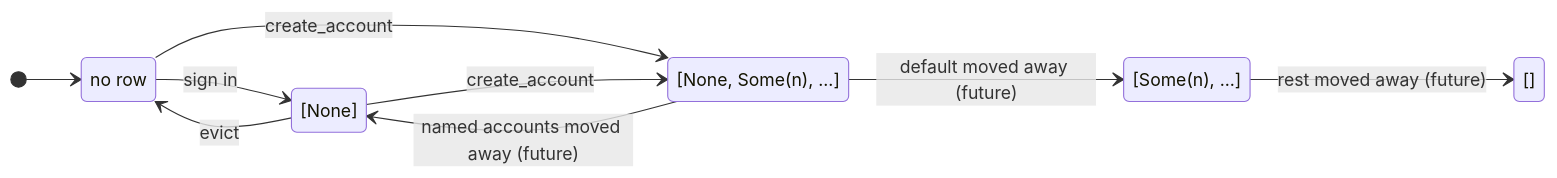
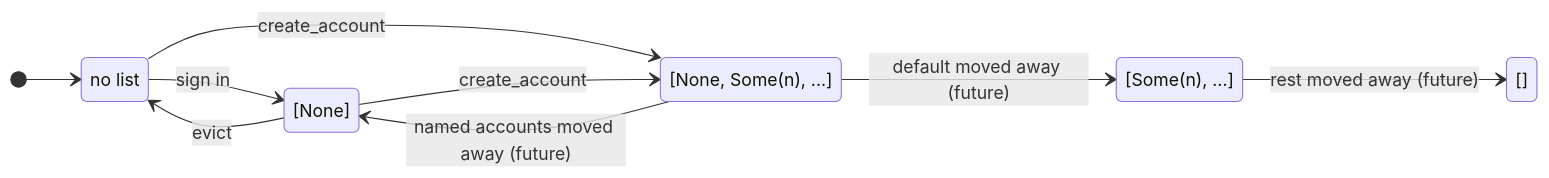
The second of 5 diagrams in docs/ongoing/tracked-default-accounts-spec.md (dfinity/internet-identity), drawn with Mermaid before and after one commit. The commit also changed other lines of this file and 1 other file, not shown here.

````diff
--- a/docs/ongoing/tracked-default-accounts-spec.md
+++ b/docs/ongoing/tracked-default-accounts-spec.md
@@ -102,18 +103,18 @@
 ```mermaid
 stateDiagram-v2
     direction LR
-    state "no row" as Absent
+    state "no list" as Absent
     state "[None]" as Tracked
     state "[None, Some(n), ...]" as WithNamed
     state "[Some(n), ...]" as DefaultMoved
     state "[]" as Tombstone
 
     [*] --> Absent
     Absent --> Tracked: sign in
     Absent --> WithNamed: create_account
     Tracked --> WithNamed: create_account
     Tracked --> Absent: evict
     WithNamed --> Tracked: named accounts moved away (future)
     WithNamed --> DefaultMoved: default moved away (future)
     DefaultMoved --> Tombstone: rest moved away (future)
 ```
````
